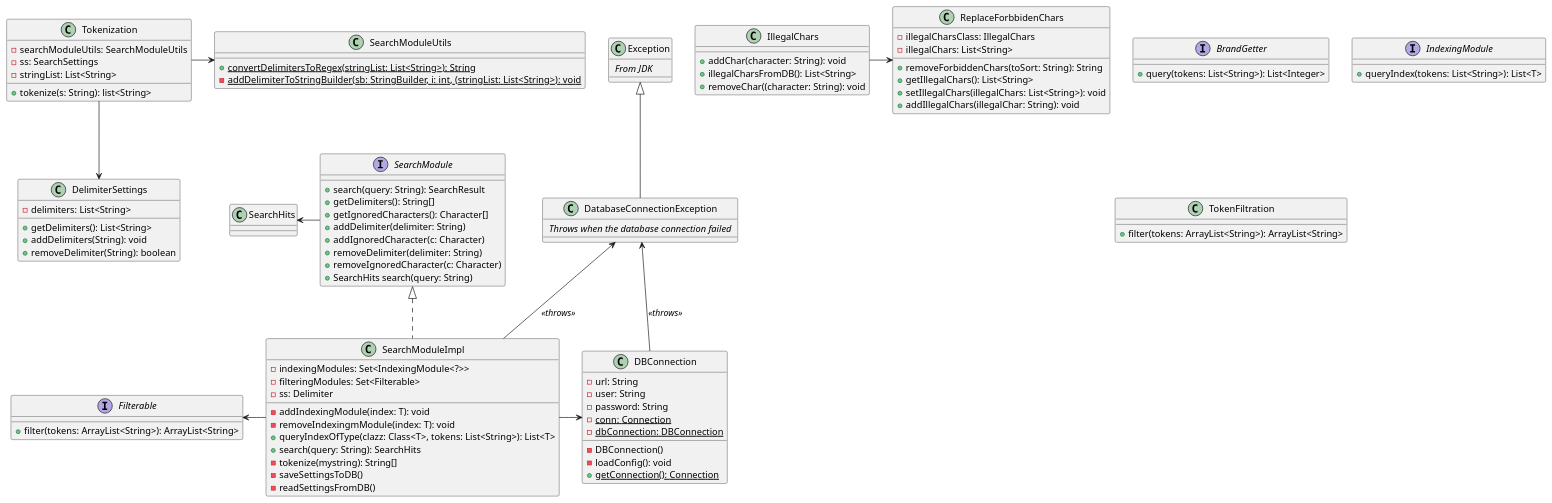
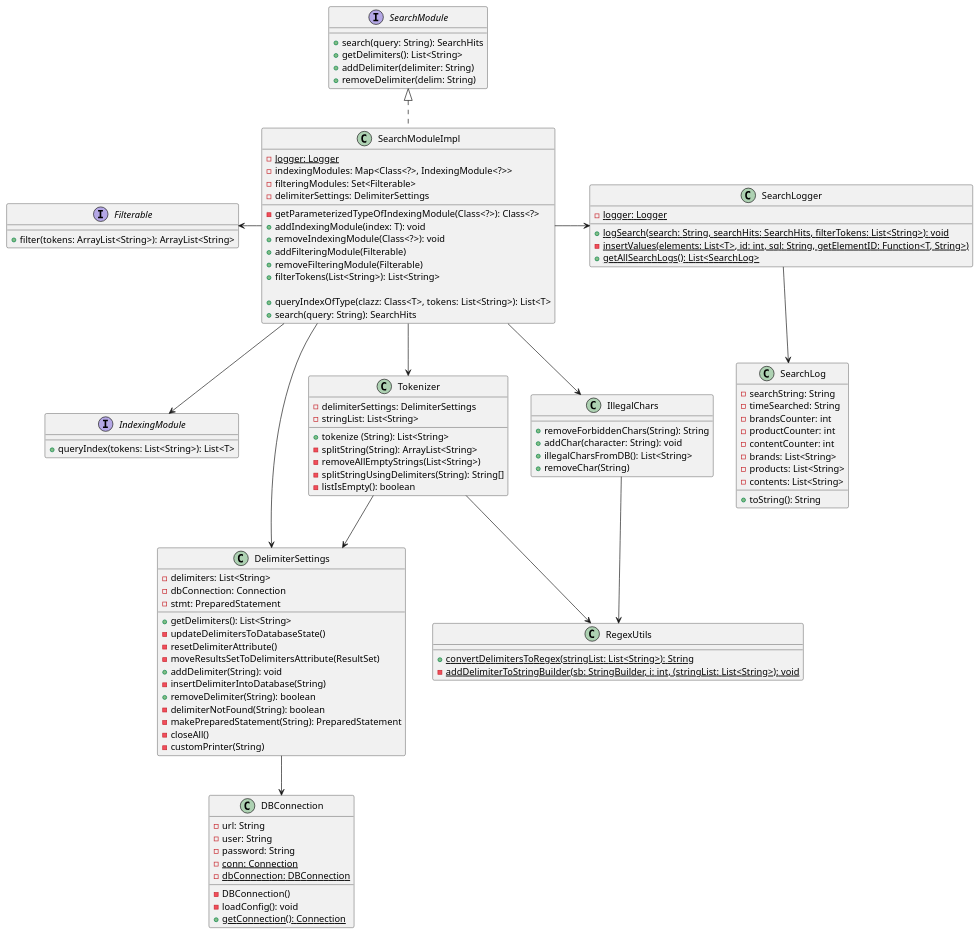
One commit to LangeHenrik/SDU-SE-F22 changed the diagram in src/main/java/dk/sdu/se_f22/searchmodule/infrastructure/diagrams/classdiagram.puml. Above: the diagram before and after it, drawn with PlantUML.

Commit message:
Updated uml class diagram (sem-1)

```diff
--- a/src/main/java/dk/sdu/se_f22/searchmodule/infrastructure/diagrams/classdiagram.puml
+++ b/src/main/java/dk/sdu/se_f22/searchmodule/infrastructure/diagrams/classdiagram.puml
@@ -1,110 +1,128 @@
 @startuml
-
-interface BrandGetter {
-    + query(tokens: List<String>): List<Integer>
-}
 
 interface Filterable {
     + filter(tokens: ArrayList<String>): ArrayList<String>
 }
 
 interface IndexingModule {
     + queryIndex(tokens: List<String>): List<T>
 }
 
 
 interface SearchModule {
-    + search(query: String): SearchResult
-    + getDelimiters(): String[]
-    + getIgnoredCharacters(): Character[]
+    + search(query: String): SearchHits
+    + getDelimiters(): List<String>
     + addDelimiter(delimiter: String)
-    + addIgnoredCharacter(c: Character)
-    + removeDelimiter(delimiter: String)
-    + removeIgnoredCharacter(c: Character)
-    + SearchHits search(query: String)
+    + removeDelimiter(delim: String)
+}
+class SearchLog {
+    - searchString: String
+    - timeSearched: String
+    - brandsCounter: int
+    - productCounter: int
+    - contentCounter: int
+    - brands: List<String>
+    - products: List<String>
+    - contents: List<String>
+    + toString(): String
 }
 
-class ReplaceForbbidenChars {
-    - illegalCharsClass: IllegalChars
-    - illegalChars: List<String>
-
-    + removeForbiddenChars(toSort: String): String
-    + getIllegalChars(): List<String>
-    + setIllegalChars(illegalChars: List<String>): void
-    + addIllegalChars(illegalChar: String): void
+class SearchLogger {
+    - {static}logger: Logger
+    + {static} logSearch(search: String, searchHits: SearchHits, filterTokens: List<String>): void
+    - {static} insertValues(elements: List<T>, id: int, sql: String, getElementID: Function<T, String>)
+    + {static} getAllSearchLogs(): List<SearchLog>
 }
 
-class SearchModuleImpl implements SearchModule {
-    - indexingModules: Set<IndexingModule<?>>
-    - filteringModules: Set<Filterable>
-    - ss: Delimiter
-    - addIndexingModule(index: T): void
-    - removeIndexingmModule(index: T): void
-    + queryIndexOfType(clazz: Class<T>, tokens: List<String>): List<T>
-    + search(query: String): SearchHits
-    - tokenize(mystring): String[]
-    - saveSettingsToDB()
-    - readSettingsFromDB()
+class DelimiterSettings {
+    - delimiters: List<String>
+    - dbConnection: Connection
+    - stmt: PreparedStatement
+    + getDelimiters(): List<String>
+    - updateDelimitersToDatabaseState()
+    - resetDelimiterAttribute()
+    - moveResultsSetToDelimitersAttribute(ResultSet)
+    + addDelimiter(String): void
+    - insertDelimiterIntoDatabase(String)
+    + removeDelimiter(String): boolean
+    - delimiterNotFound(String): boolean
+    - makePreparedStatement(String): PreparedStatement
+    - closeAll()
+    - customPrinter(String)
+}
+class Tokenizer {
+    - delimiterSettings: DelimiterSettings
+    - stringList: List<String>
+    + tokenize (String): List<String>
+    - splitString(String): ArrayList<String>
+    - removeAllEmptyStrings(List<String>)
+    - splitStringUsingDelimiters(String): String[]
+    - listIsEmpty(): boolean
 }
 
-class SearchModuleUtils {
+class RegexUtils {
     + {static}convertDelimitersToRegex(stringList: List<String>): String
     - {static}addDelimiterToStringBuilder(sb: StringBuilder, i: int, (stringList: List<String>): void
 }
 
-class DelimiterSettings {
-    - delimiters: List<String>
-    + getDelimiters(): List<String>
-    + addDelimiters(String): void
-    + removeDelimiter(String): boolean
+class IllegalChars {
+    + removeForbiddenChars(String): String
+    + addChar(character: String): void
+    + illegalCharsFromDB(): List<String>
+    + removeChar(String)
 }
 
-class TokenFiltration {
-    +filter(tokens: ArrayList<String>): ArrayList<String>
+class SearchModuleImpl implements SearchModule {
+    - {static} logger: Logger
+    - indexingModules: Map<Class<?>, IndexingModule<?>>
+    - filteringModules: Set<Filterable>
+    - delimiterSettings: DelimiterSettings
+
+    - getParameterizedTypeOfIndexingModule(Class<?>): Class<?>
+    + addIndexingModule(index: T): void
+    + removeIndexingModule(Class<?>): void
+    + addFilteringModule(Filterable)
+    + removeFilteringModule(Filterable)
+    + filterTokens(List<String>): List<String>
+
+    + queryIndexOfType(clazz: Class<T>, tokens: List<String>): List<T>
+    + search(query: String): SearchHits
 }
 
-class Tokenization {
-    - searchModuleUtils: SearchModuleUtils
-    - ss: SearchSettings
-    - stringList: List<String>
-    +tokenize(s: String): list<String>
-}
+
+
+
+
+
 
 class DBConnection {
     - url: String
     - user: String
     - password: String
     - {static} conn: Connection
     - {static} dbConnection: DBConnection
 
     - DBConnection()
     - loadConfig(): void
     + {static} getConnection(): Connection
     ' see https://stackoverflow.com/a/36710057
 }
 
-class Exception {
-    // From JDK //
-}
-
-class DatabaseConnectionException extends Exception {
-    // Throws when the database connection failed //
-}
-
-class IllegalChars{
-    +addChar(character: String): void
-    +illegalCharsFromDB(): List<String>
-    +removeChar((character: String): void
-}
 
 
-Tokenization -> SearchModuleUtils
-Tokenization --> DelimiterSettings
-SearchHits <- SearchModule
+Tokenizer --> DelimiterSettings
+Tokenizer -->RegexUtils
+
+DelimiterSettings --> DBConnection
+
 Filterable <- SearchModuleImpl
-SearchModuleImpl -> DBConnection
-DatabaseConnectionException <-- DBConnection: //<<throws>>//
-DatabaseConnectionException <-- SearchModuleImpl: //<<throws>>//
-IllegalChars -> ReplaceForbbidenChars
+SearchModuleImpl ---> DelimiterSettings
+SearchModuleImpl --> Tokenizer
+SearchModuleImpl --> IndexingModule
+SearchModuleImpl -> SearchLogger
+SearchModuleImpl --> IllegalChars
+
+SearchLogger --> SearchLog
+IllegalChars --> RegexUtils
 
 @enduml
```
